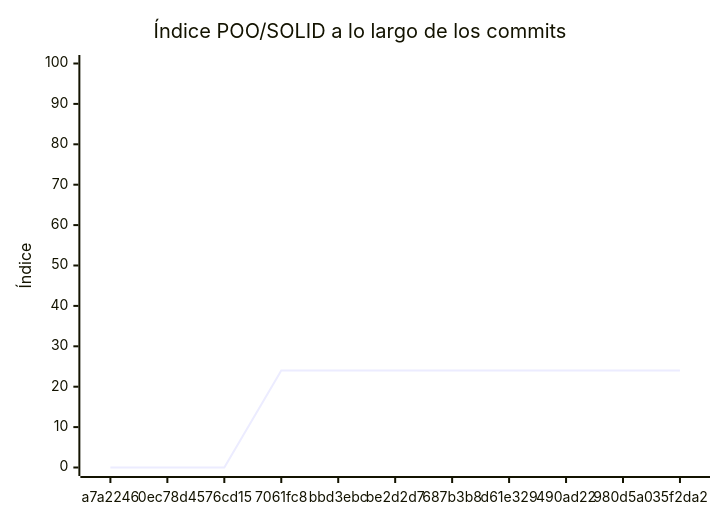
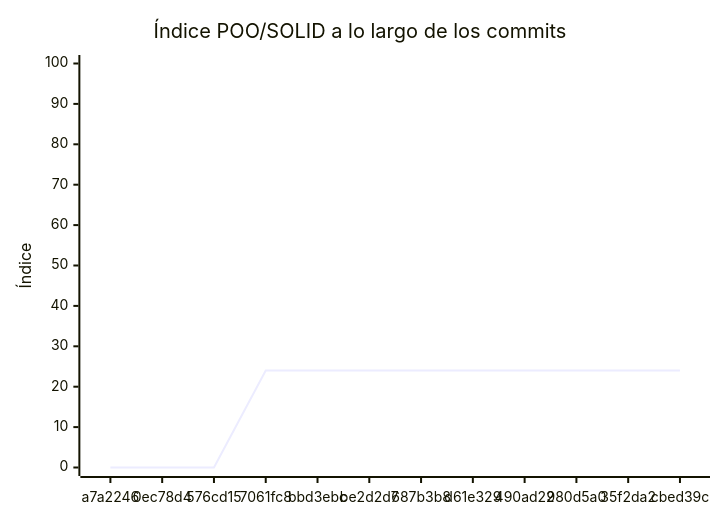
The diagram in docs/EVALUACION.md (Chiqui-Nero-Corp/Prueba-N-3), drawn with Mermaid before and after one commit. The commit also changed other lines of this file, not shown here.

````diff
--- a/docs/EVALUACION.md
+++ b/docs/EVALUACION.md
@@ -194,7 +208,7 @@
 ```mermaid
 xychart-beta
     title "Índice POO/SOLID a lo largo de los commits"
-    x-axis ["a7a2246", "0ec78d4", "576cd15", "7061fc8", "bbd3ebc", "be2d2d7", "687b3b8", "d61e329", "490ad22", "980d5a0", "35f2da2"]
+    x-axis ["a7a2246", "0ec78d4", "576cd15", "7061fc8", "bbd3ebc", "be2d2d7", "687b3b8", "d61e329", "490ad22", "980d5a0", "35f2da2", "cbed39c"]
     y-axis "Índice" 0 --> 100
-    line [0, 0, 0, 24, 24, 24, 24, 24, 24, 24, 24]
+    line [0, 0, 0, 24, 24, 24, 24, 24, 24, 24, 24, 24]
 ```
````
